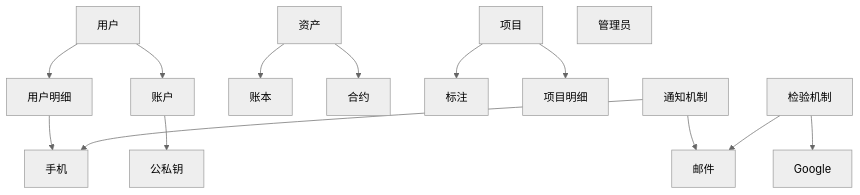
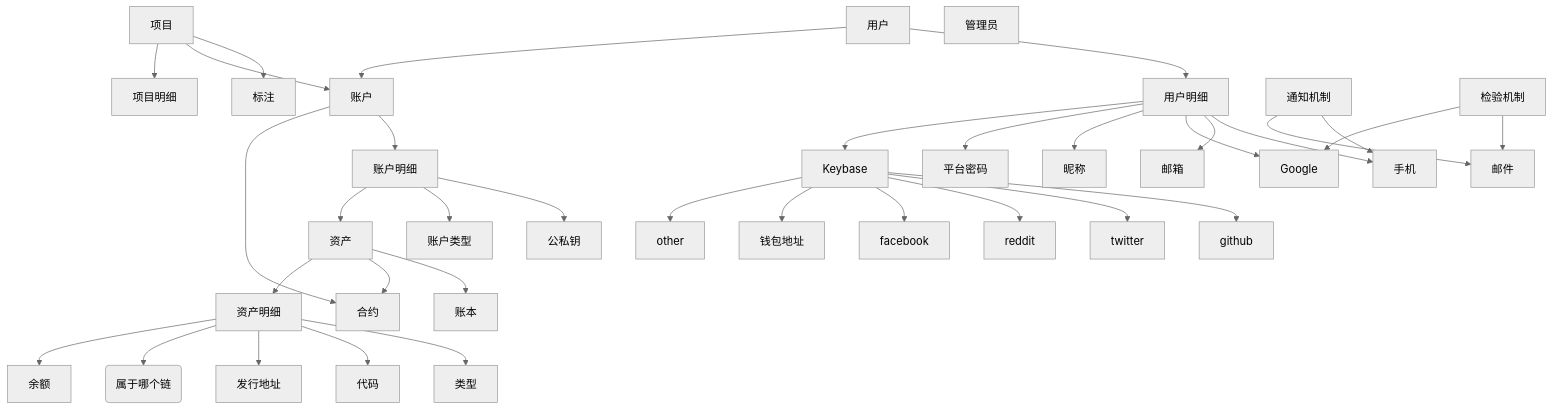
One commit to neomaclin/designdoc changed the first of 5 diagrams in Readme.md. Above: the diagram before and after it, drawn with Mermaid (neutral theme).

Commit message:
first push

````diff
--- a/Readme.md
+++ b/Readme.md
@@ -4,19 +4,41 @@
 ```mermaid
 graph TB
 
 用户 --> 用户明细
 用户明细 --> 手机
+用户明细 --> 邮箱
+用户明细 --> Google
+用户明细 --> 昵称
+用户明细 --> 平台密码
+用户明细 --> Keybase
+Keybase --> github
+Keybase --> twitter
+Keybase --> reddit
+Keybase --> facebook
+Keybase --> 钱包地址
+Keybase --> other
 用户 --> 账户
-账户 --> 公私钥
+账户 --> 账户明细
+账户 --> 合约
+账户明细 --> 公私钥
+账户明细 --> 账户类型
+账户明细 --> 资产
 资产 --> 账本
 资产 --> 合约
+资产 --> 资产明细
+资产明细 --> 类型
+资产明细 --> 代码
+资产明细 --> 发行地址
+资产明细 --> 发行源(属于哪个链)
+资产明细 --> 余额
 项目 --> 标注
+项目 --> 账户
 项目 --> 项目明细
 管理员 
 通知机制 --> 手机
 通知机制 --> 邮件
 检验机制 --> 邮件
 检验机制 --> Google
 
 
 ```
````
